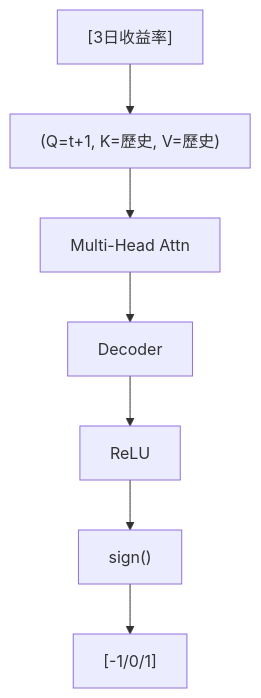
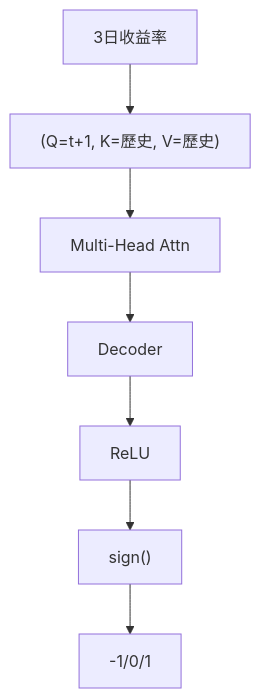
One commit to sou350121/Trading-Handbook changed the diagram in foundations/time-series-forecasting/transformer-madl.md. Above: the diagram before and after it, drawn with Mermaid. The commit also changed 191 other files, not shown here.

First line of the commit message:
render: fix math + mermaid for GitHub across the corpus (188 pages)

````diff
--- a/foundations/time-series-forecasting/transformer-madl.md
+++ b/foundations/time-series-forecasting/transformer-madl.md
@@ -32,9 +32,9 @@
 ```mermaid
 flowchart TD
-A["[3日收益率]"] --> B["(Q=t+1, K=歷史, V=歷史)"]
+A["3日收益率"] --> B["(Q=t+1, K=歷史, V=歷史)"]
 B --> C["Multi-Head Attn"]
 C --> D[Decoder]
 D --> E[ReLU]
 E --> F["sign()"]
-F --> G["[-1/0/1]"]
+F --> G["-1/0/1"]
 ```
````
